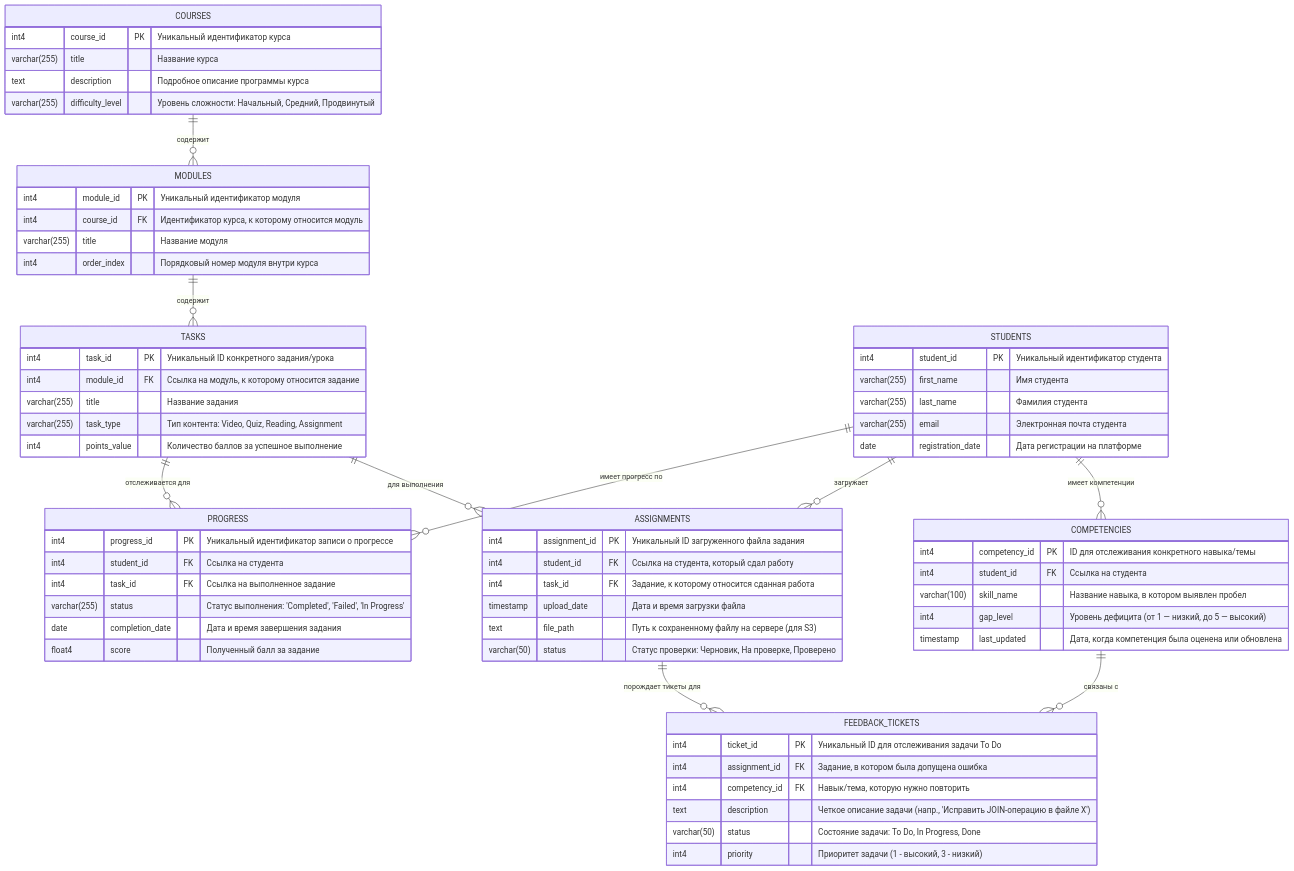
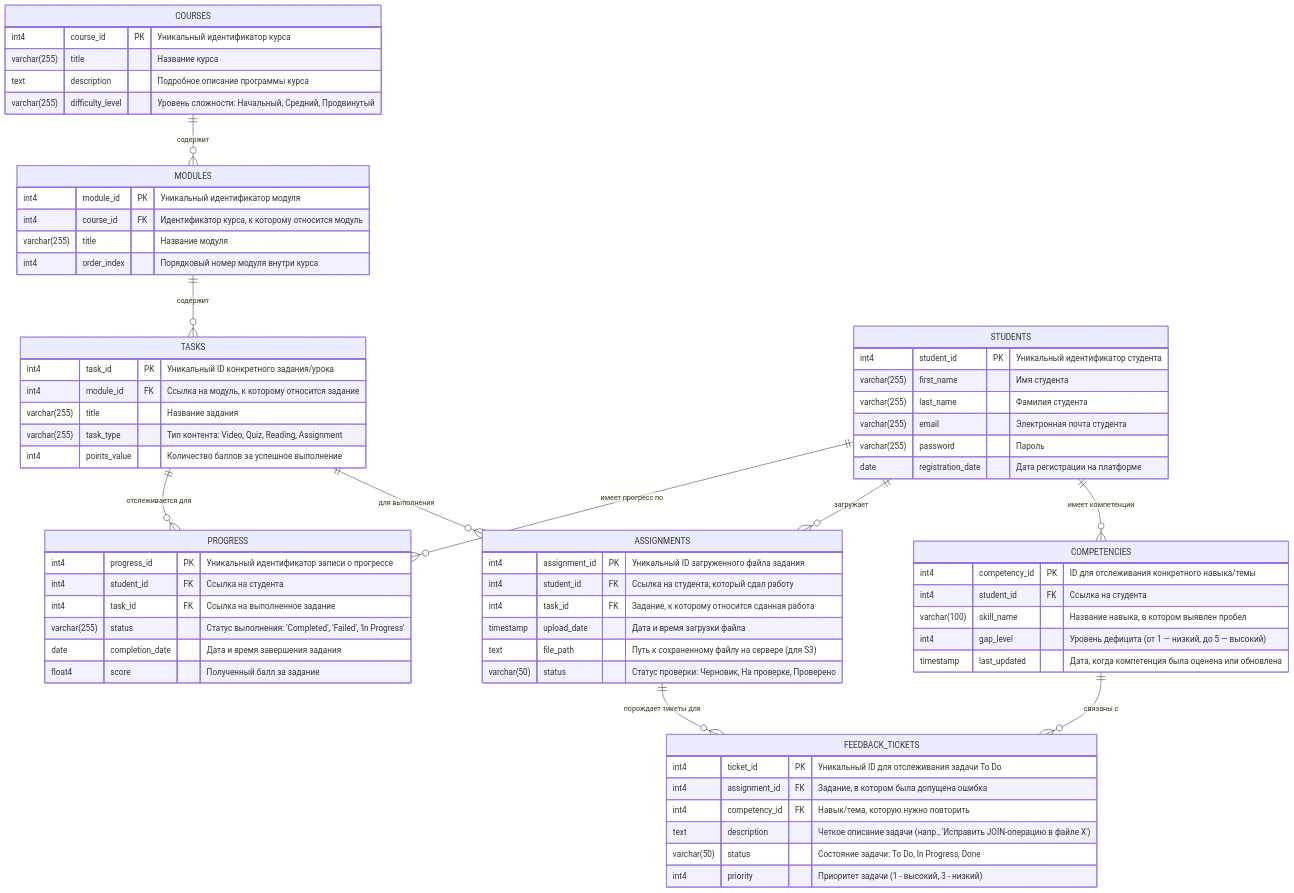
The diagram in docs/db-schema.md (BruhWhyMeHaveNoIdea/Hack_Change), drawn with Mermaid before and after one commit.

Commit message:
docs: student password

````diff
--- a/docs/db-schema.md
+++ b/docs/db-schema.md
@@ -3,77 +3,78 @@
 ```mermaid
 erDiagram
     COURSES ||--o{ MODULES : "содержит"
     MODULES ||--o{ TASKS : "содержит"
     STUDENTS ||--o{ PROGRESS : "имеет прогресс по"
     STUDENTS ||--o{ ASSIGNMENTS : "загружает"
     TASKS ||--o{ PROGRESS : "отслеживается для"
     TASKS ||--o{ ASSIGNMENTS : "для выполнения"
     ASSIGNMENTS ||--o{ FEEDBACK_TICKETS : "порождает тикеты для"
     STUDENTS ||--o{ COMPETENCIES : "имеет компетенции"
     COMPETENCIES ||--o{ FEEDBACK_TICKETS : "связаны с"
 
     COURSES {
         int4 course_id PK "Уникальный идентификатор курса"
         varchar(255) title "Название курса"
         text description "Подробное описание программы курса"
         varchar(255) difficulty_level "Уровень сложности: Начальный, Средний, Продвинутый"
     }
 
     MODULES {
         int4 module_id PK "Уникальный идентификатор модуля"
         int4 course_id FK "Идентификатор курса, к которому относится модуль"
         varchar(255) title "Название модуля"
         int4 order_index "Порядковый номер модуля внутри курса"
     }
 
     TASKS {
         int4 task_id PK "Уникальный ID конкретного задания/урока"
         int4 module_id FK "Ссылка на модуль, к которому относится задание"
         varchar(255) title "Название задания"
         varchar(255) task_type "Тип контента: Video, Quiz, Reading, Assignment"
         int4 points_value "Количество баллов за успешное выполнение"
     }
 
     STUDENTS {
         int4 student_id PK "Уникальный идентификатор студента"
         varchar(255) first_name "Имя студента"
         varchar(255) last_name "Фамилия студента"
         varchar(255) email "Электронная почта студента"
+        varchar(255) password "Пароль"
         date registration_date "Дата регистрации на платформе"
     }
 
     PROGRESS {
         int4 progress_id PK "Уникальный идентификатор записи о прогрессе"
         int4 student_id FK "Ссылка на студента"
         int4 task_id FK "Ссылка на выполненное задание"
         varchar(255) status "Статус выполнения: 'Completed', 'Failed', 'In Progress'"
         date completion_date "Дата и время завершения задания"
         float4 score "Полученный балл за задание"
     }
 
     ASSIGNMENTS {
         int4 assignment_id PK "Уникальный ID загруженного файла задания"
         int4 student_id FK "Ссылка на студента, который сдал работу"
         int4 task_id FK "Задание, к которому относится сданная работа"
         timestamp upload_date "Дата и время загрузки файла"
         text file_path "Путь к сохраненному файлу на сервере (для S3)"
         varchar(50) status "Статус проверки: Черновик, На проверке, Проверено"
     }
 
     COMPETENCIES {
         int4 competency_id PK "ID для отслеживания конкретного навыка/темы"
         int4 student_id FK "Ссылка на студента"
         varchar(100) skill_name "Название навыка, в котором выявлен пробел"
         int4 gap_level "Уровень дефицита (от 1 — низкий, до 5 — высокий)"
         timestamp last_updated "Дата, когда компетенция была оценена или обновлена"
     }
 
     FEEDBACK_TICKETS {
         int4 ticket_id PK "Уникальный ID для отслеживания задачи To Do"
         int4 assignment_id FK "Задание, в котором была допущена ошибка"
         int4 competency_id FK "Навык/тема, которую нужно повторить"
         text description "Четкое описание задачи (напр., 'Исправить JOIN-операцию в файле X')"
         varchar(50) status "Состояние задачи: To Do, In Progress, Done"
         int4 priority "Приоритет задачи (1 - высокий, 3 - низкий)"
     }
 ```
````
